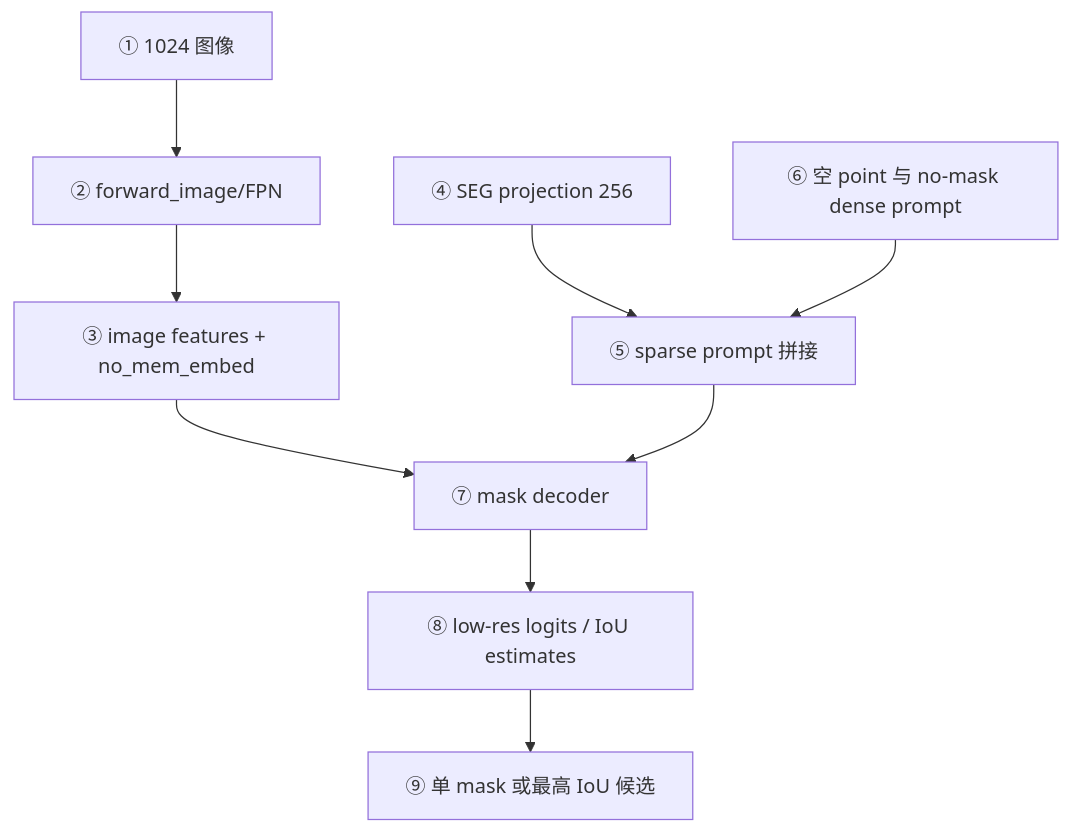
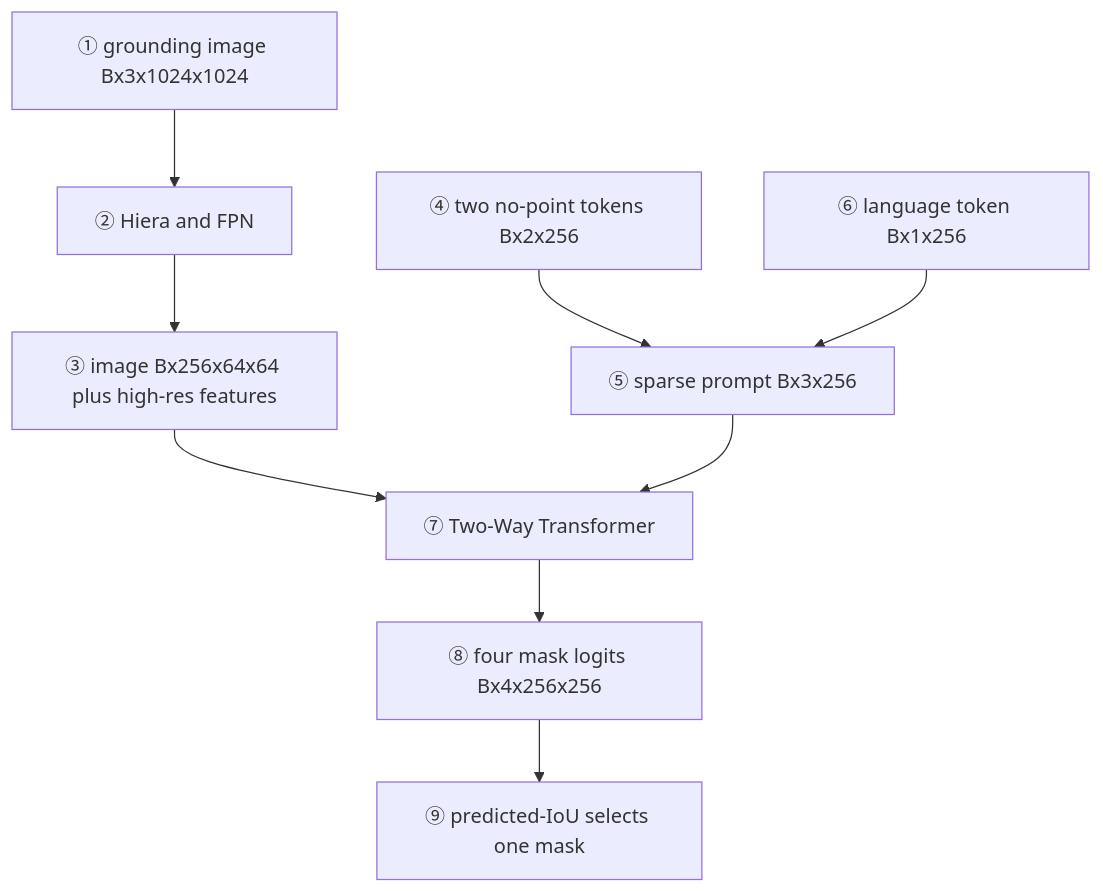
Before and after one commit to wdqaa/Sa2VA: the fifth of 8 diagrams in projects/chartground_edit/docs/PROJECT_STUDY_GUIDE_ZH.md, drawn with Mermaid. The commit also changed other lines of this file and 1 other file, not shown here.

Commit message:
docs(chartground): expand Chinese code study guide

````diff
--- a/projects/chartground_edit/docs/PROJECT_STUDY_GUIDE_ZH.md
+++ b/projects/chartground_edit/docs/PROJECT_STUDY_GUIDE_ZH.md
@@ -243,11 +703,11 @@
 ```mermaid
 flowchart TB
-  A[① 1024 图像] --> B[② forward_image/FPN]
-  B --> C[③ image features + no_mem_embed]
-  D[④ SEG projection 256] --> E[⑤ sparse prompt 拼接]
-  F[⑥ 空 point 与 no-mask dense prompt] --> E
-  C --> G[⑦ mask decoder]
+  A[① grounding image Bx3x1024x1024] --> B[② Hiera and FPN]
+  B --> C[③ image Bx256x64x64 plus high-res features]
+  D[④ two no-point tokens Bx2x256] --> E[⑤ sparse prompt Bx3x256]
+  F[⑥ language token Bx1x256] --> E
+  C --> G[⑦ Two-Way Transformer]
   E --> G
-  G --> H[⑧ low-res logits / IoU estimates]
-  H --> I[⑨ 单 mask 或最高 IoU 候选]
+  G --> H[⑧ four mask logits Bx4x256x256]
+  H --> I[⑨ predicted-IoU selects one mask]
 ```
````
